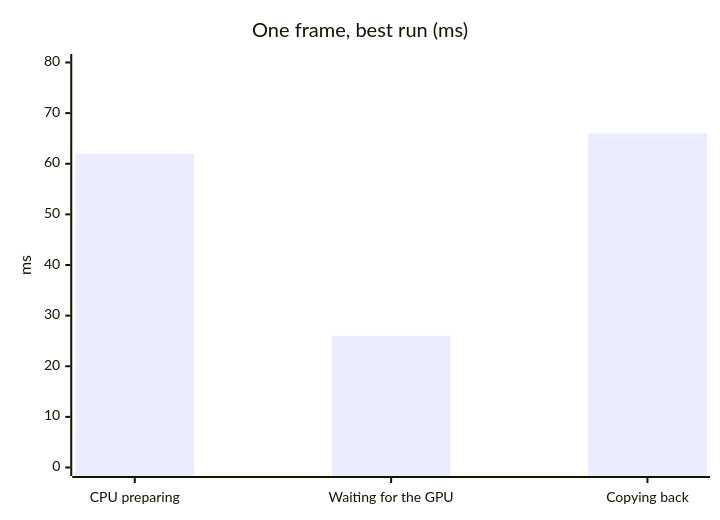
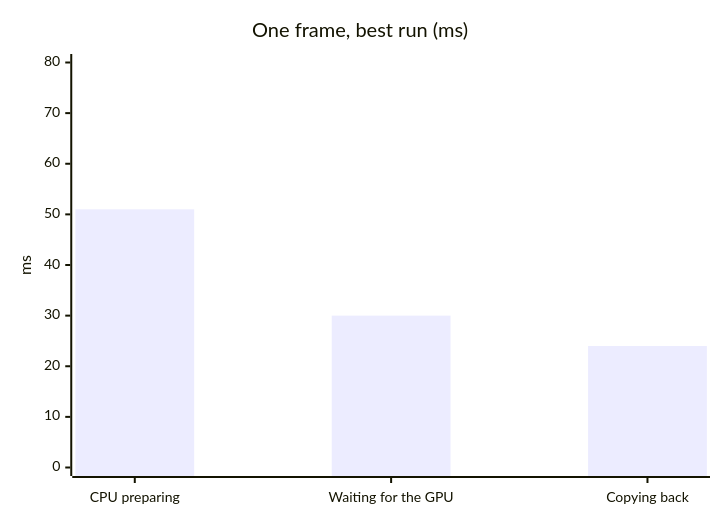
Before and after one commit to brothernog/rota: the second of 2 diagrams in README.md, drawn with Mermaid. The commit also changed other lines of this file and 3 other files, not shown here.

````diff
--- a/README.md
+++ b/README.md
@@ -63,7 +66,7 @@
 ```mermaid
 xychart-beta
     title "One frame, best run (ms)"
     x-axis ["CPU preparing", "Waiting for the GPU", "Copying back"]
     y-axis "ms" 0 --> 80
-    bar [62, 26, 66]
+    bar [51, 30, 24]
 ```
````
